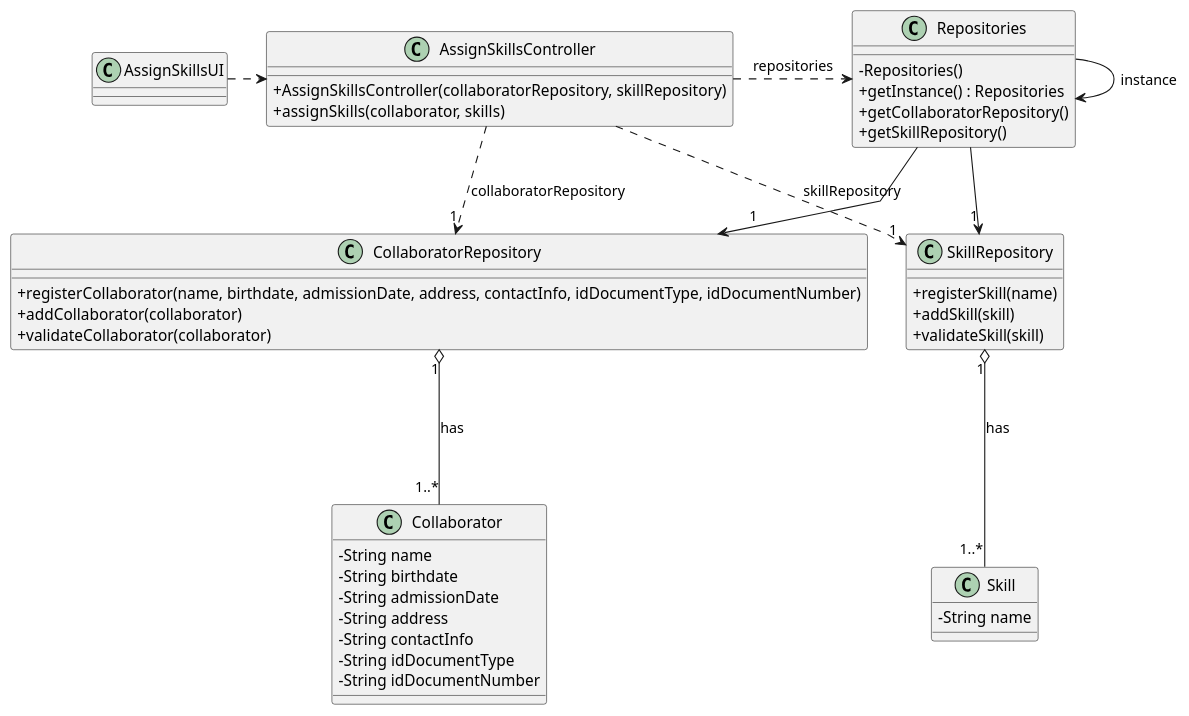
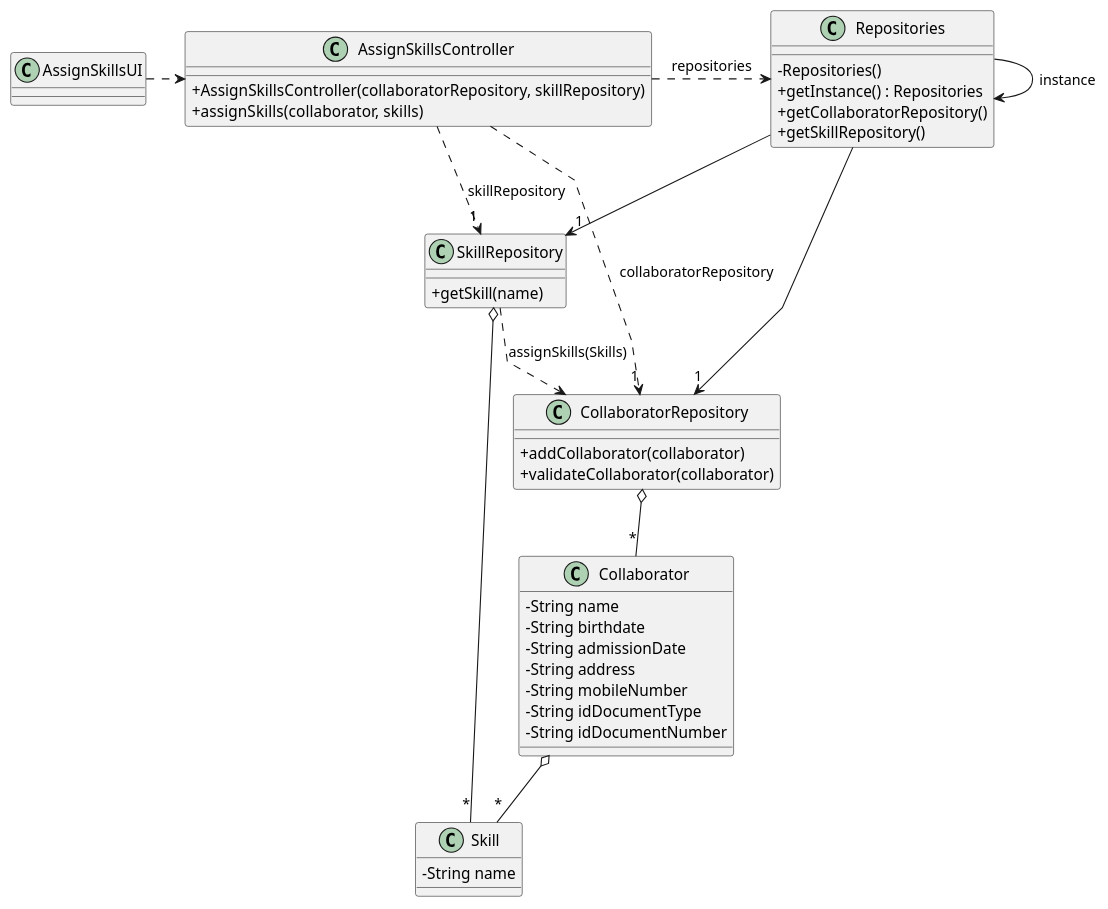
The diagram in docs/sprintB/us004/03.design/puml/us004-class-diagram.puml (diogoveirospro/lei-24-s2-1dg-g072), drawn with PlantUML before and after one commit. The commit also changed 8 other files, not shown here.

```diff
--- a/docs/sprintB/us004/03.design/puml/us004-class-diagram.puml
+++ b/docs/sprintB/us004/03.design/puml/us004-class-diagram.puml
@@ -1,65 +1,63 @@
 @startuml
 'skinparam monochrome true
 skinparam packageStyle rectangle
 skinparam shadowing false
 skinparam linetype polyline
 
 skinparam classAttributeIconSize 0
 
 class Repositories {
     - Repositories()
     + getInstance() : Repositories
     + getCollaboratorRepository()
     + getSkillRepository()
 }
 
 class AssignSkillsController {
     + AssignSkillsController(collaboratorRepository, skillRepository)
     + assignSkills(collaborator, skills)
 }
 
 class CollaboratorRepository {
-    + registerCollaborator(name, birthdate, admissionDate, address, contactInfo, idDocumentType, idDocumentNumber)
     + addCollaborator(collaborator)
     + validateCollaborator(collaborator)
 }
 
 class SkillRepository {
-    + registerSkill(name)
-    + addSkill(skill)
-    + validateSkill(skill)
+    + getSkill(name)
 }
 
 class AssignSkillsUI {
 }
 
 class Collaborator {
     - String name
     - String birthdate
     - String admissionDate
     - String address
-    - String contactInfo
+    - String mobileNumber
     - String idDocumentType
     - String idDocumentNumber
 }
 
 class Skill {
     - String name
 }
 
 Repositories -> Repositories : instance
 
 AssignSkillsUI .> AssignSkillsController
 AssignSkillsController .> "1" CollaboratorRepository : collaboratorRepository
 AssignSkillsController .> "1" SkillRepository : skillRepository
 
 Repositories --> "1" CollaboratorRepository
 Repositories --> "1" SkillRepository
 
 AssignSkillsController .> Repositories : repositories
 
-CollaboratorRepository "1" o--- "1..*" Collaborator : has
+CollaboratorRepository  o-- "*" Collaborator
 
-SkillRepository "1" o--- "1..*" Skill : has
-
+SkillRepository  o- "*" Skill
+SkillRepository ..> CollaboratorRepository: assignSkills(Skills)
+Collaborator o-- "*" Skill
 @enduml
```
